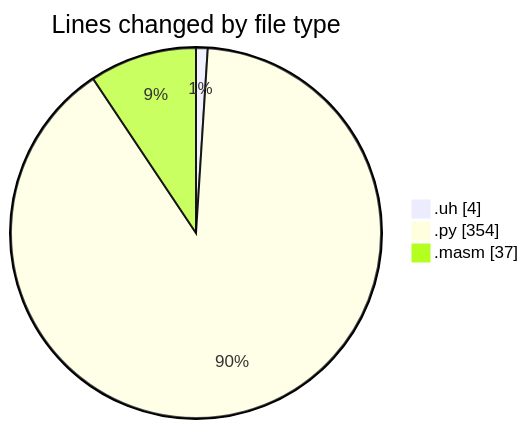
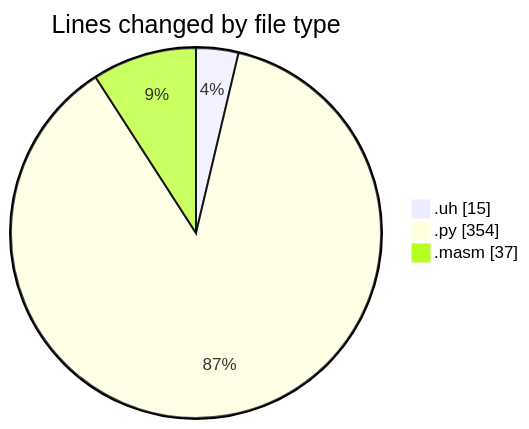
The first of 2 diagrams in 2025-04-29/uhigh-lang/README.md (charlie-sans/code-tracking), drawn with Mermaid before and after one commit. The commit also changed other lines of this file and 1 other file, not shown here.

````diff
--- a/2025-04-29/uhigh-lang/README.md
+++ b/2025-04-29/uhigh-lang/README.md
@@ -22,7 +23,7 @@
 ```mermaid
 pie showData
 title Lines changed by file type
-".uh" : 4
+".uh" : 15
 ".py" : 354
 ".masm" : 37
 ```
````
